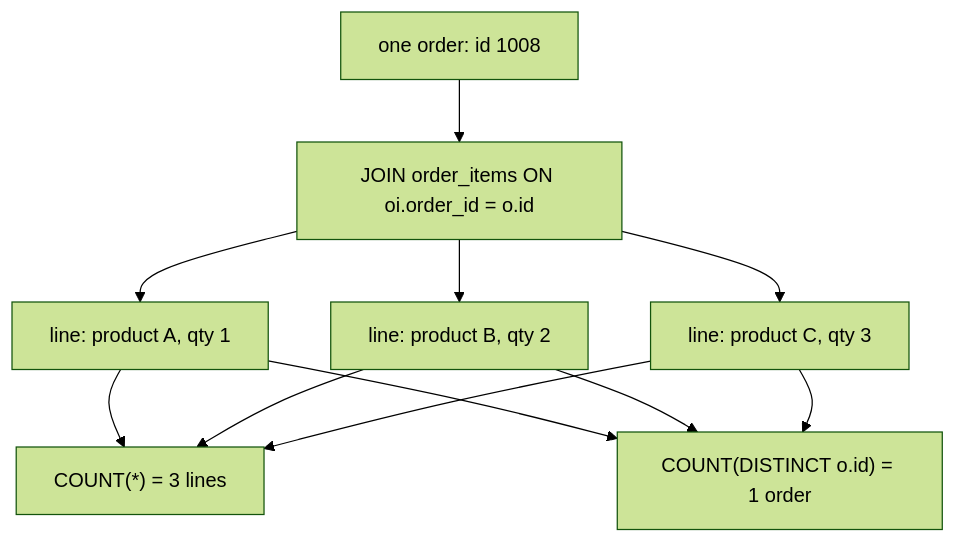
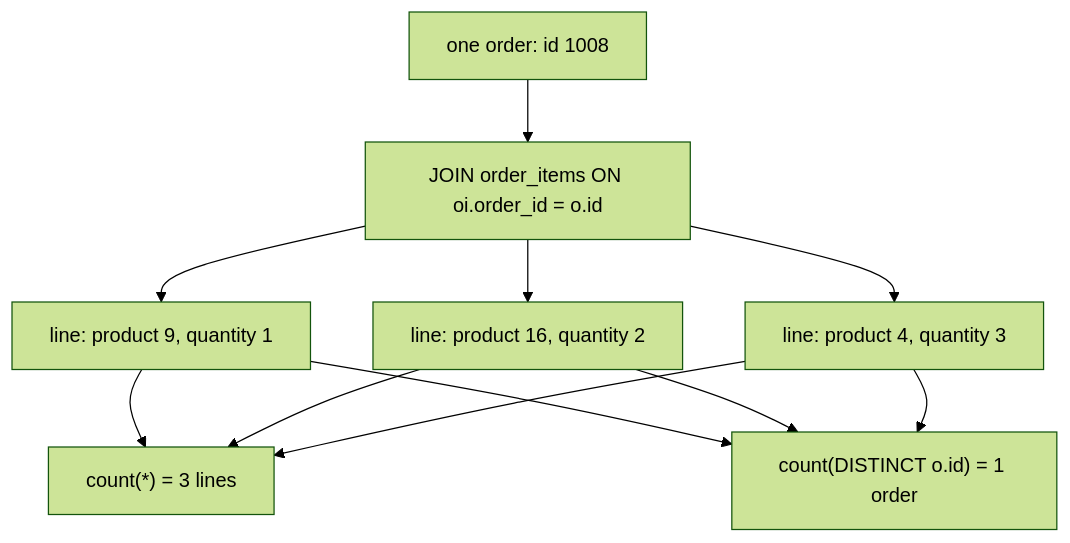
One commit to theakhandpatel/querycraft changed the diagram in web/src/data/content/j3.md. Above: the diagram before and after it, drawn with Mermaid (forest theme). The commit also changed other lines of this file and 61 other files, not shown here.

````diff
--- a/web/src/data/content/j3.md
+++ b/web/src/data/content/j3.md
@@ -23,13 +53,13 @@
 ```mermaid
 flowchart TD
     O["one order: id 1008"] --> J["JOIN order_items ON oi.order_id = o.id"]
-    J --> L1["line: product A, qty 1"]
-    J --> L2["line: product B, qty 2"]
-    J --> L3["line: product C, qty 3"]
-    L1 --> C3["COUNT(*) = 3 lines"]
+    J --> L1["line: product 9, quantity 1"]
+    J --> L2["line: product 16, quantity 2"]
+    J --> L3["line: product 4, quantity 3"]
+    L1 --> C3["count(*) = 3 lines"]
     L2 --> C3
     L3 --> C3
-    L1 --> C1["COUNT(DISTINCT o.id) = 1 order"]
+    L1 --> C1["count(DISTINCT o.id) = 1 order"]
     L2 --> C1
     L3 --> C1
 ```
````
